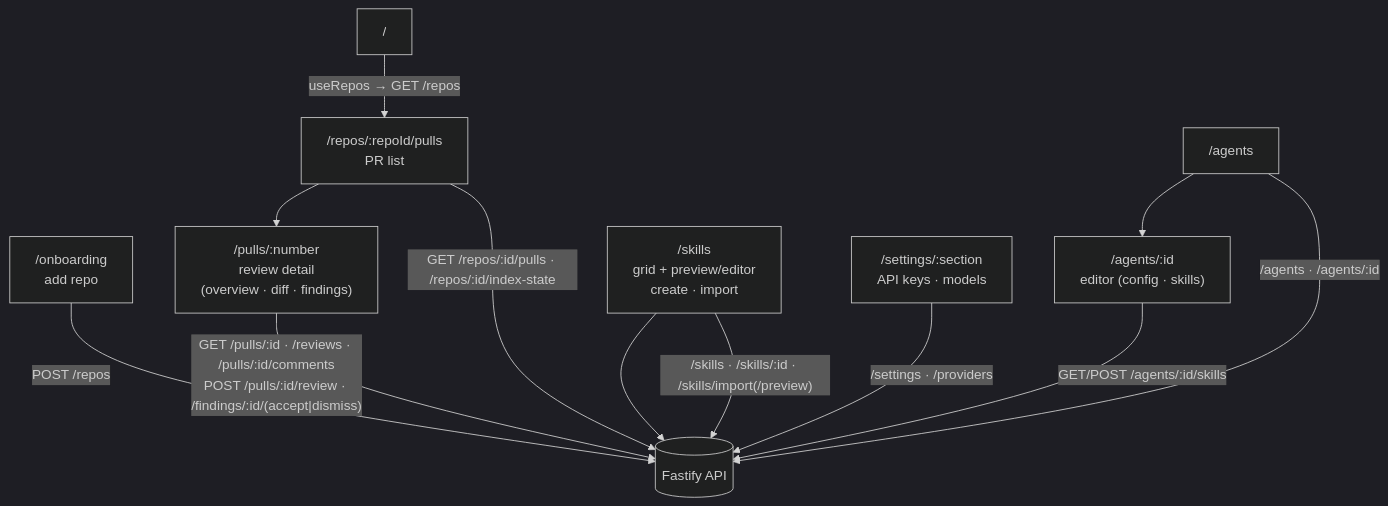
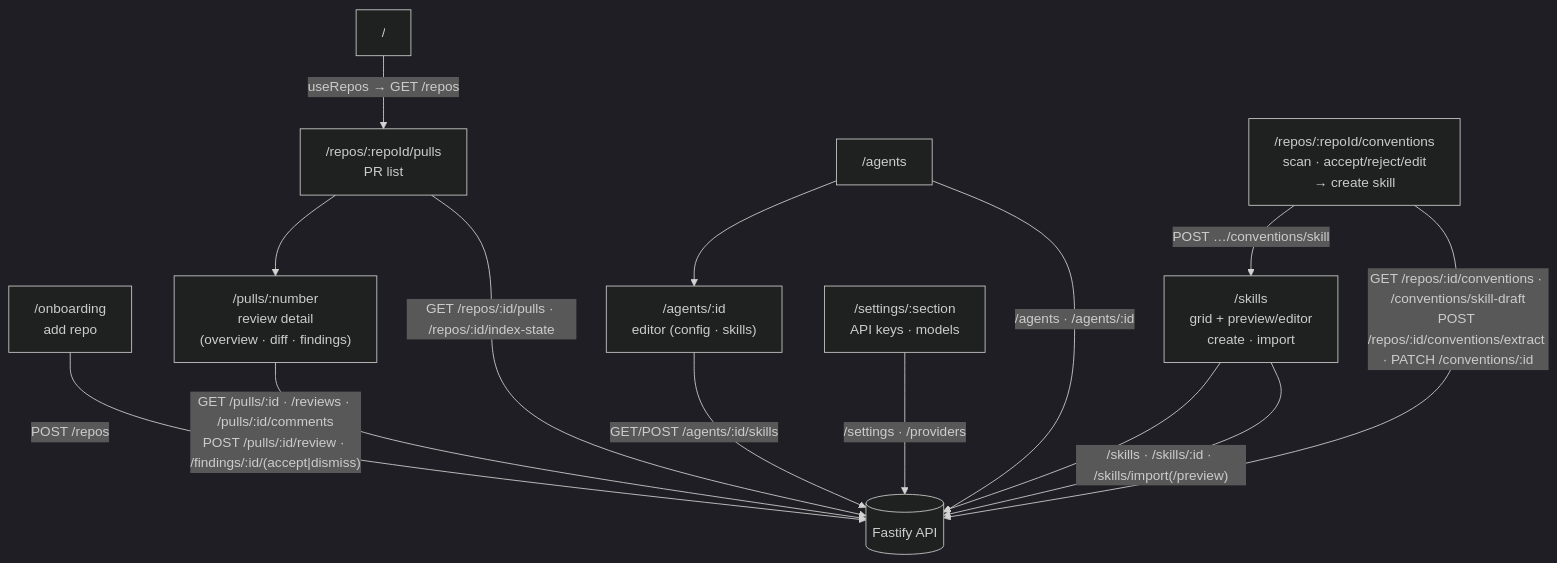
Before and after one commit to malinovskiy-alex/dev-digest: the diagram in client/README.md, drawn with Mermaid (dark theme). The commit also changed 48 other files, not shown here.

First line of the commit message:
feat(l03): extract repo conventions and turn the accepted ones into a skill

````diff
--- a/client/README.md
+++ b/client/README.md
@@ -24,17 +24,19 @@
 ```mermaid
 flowchart TD
   ROOT["/"] -->|"useRepos → GET /repos"| PULLS["/repos/:repoId/pulls<br/>PR list"]
   ONB["/onboarding<br/>add repo"] -->|"POST /repos"| API[("Fastify API")]
   PULLS --> PR["/pulls/:number<br/>review detail<br/>(overview · diff · findings)"]
 
   AGENTS["/agents"] --> AGENT["/agents/:id<br/>editor (config · skills)"]
   SKILLS["/skills<br/>grid + preview/editor<br/>create · import"] --> API
   AGENT -->|"GET/POST /agents/:id/skills"| API
+  CONV["/repos/:repoId/conventions<br/>scan · accept/reject/edit<br/>→ create skill"] -->|"POST …/conventions/skill"| SKILLS
   SETTINGS["/settings/:section<br/>API keys · models"]
 
   PULLS -->|"GET /repos/:id/pulls · /repos/:id/index-state"| API
   PR -->|"GET /pulls/:id · /reviews · /pulls/:id/comments<br/>POST /pulls/:id/review · /findings/:id/(accept|dismiss)"| API
   AGENTS -->|"/agents · /agents/:id"| API
   SKILLS -->|"/skills · /skills/:id · /skills/import(/preview)"| API
+  CONV -->|"GET /repos/:id/conventions · /conventions/skill-draft<br/>POST /repos/:id/conventions/extract · PATCH /conventions/:id"| API
   SETTINGS -->|"/settings · /providers"| API
 ```
````
